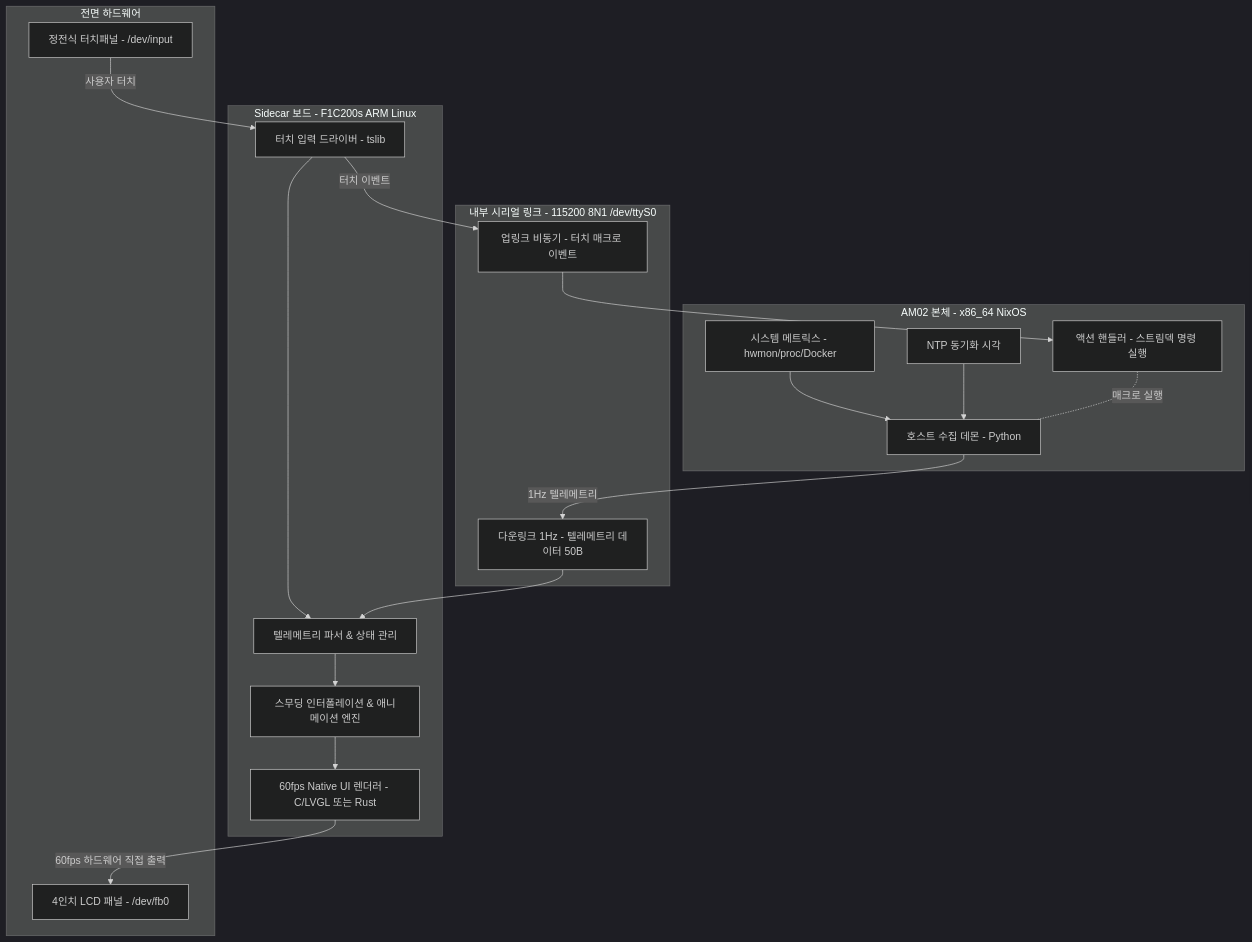
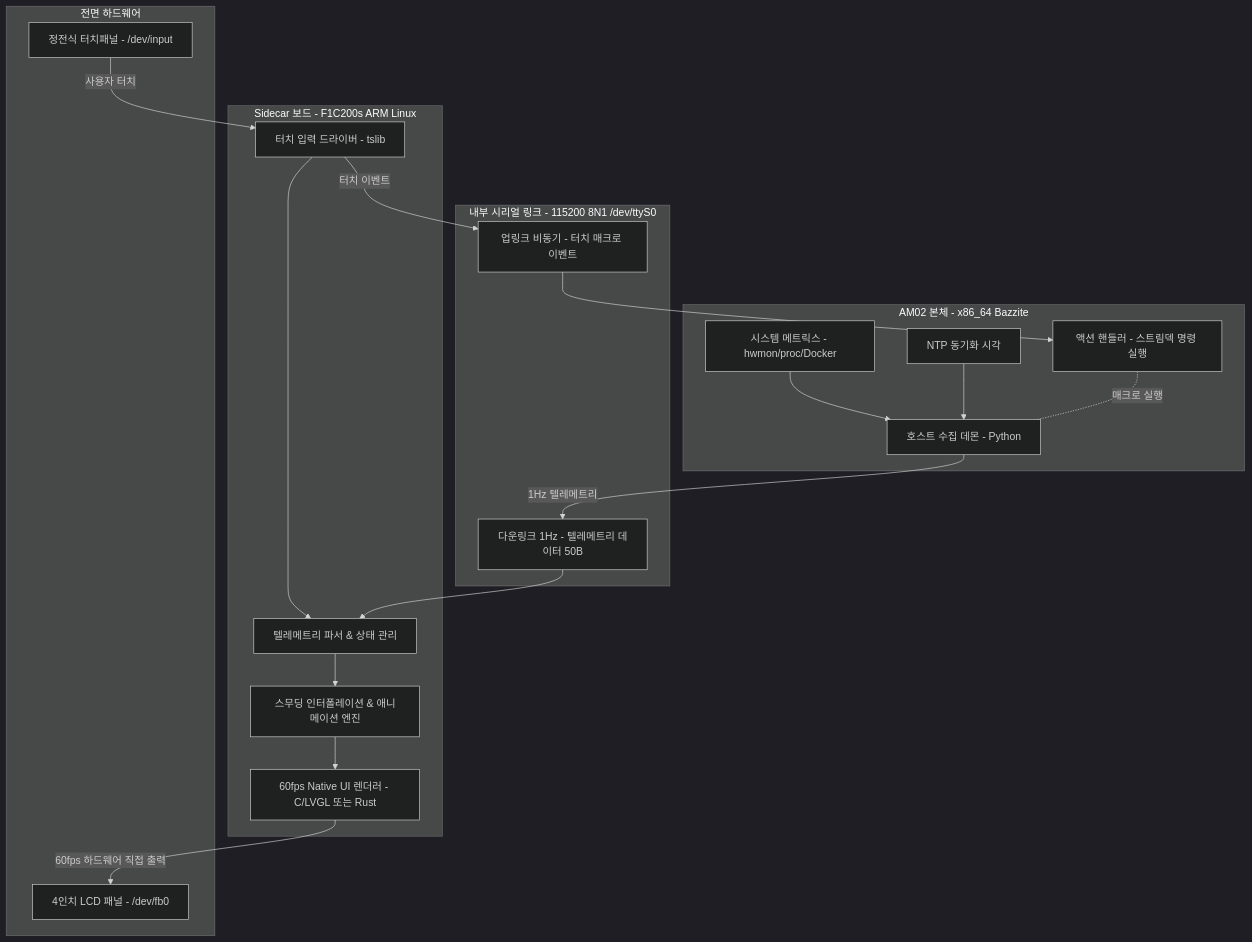
Before and after one commit to deuxksy/sidecar: the diagram in ROADMAP.md, drawn with Mermaid (dark theme). The commit also changed other lines of this file and 4 other files, not shown here.

````diff
--- a/ROADMAP.md
+++ b/ROADMAP.md
@@ -24,37 +24,37 @@
 ```mermaid
 graph TD
-    subgraph Host[AM02 본체 - x86_64 NixOS]
+    subgraph Host[AM02 본체 - x86_64 Bazzite]
         H1[호스트 수집 데몬 - Python]
         H2[시스템 메트릭스 - hwmon/proc/Docker]
         H3[NTP 동기화 시각]
         H4[액션 핸들러 - 스트림덱 명령 실행]
         H2 --> H1
         H3 --> H1
         H4 -. 매크로 실행 .- H1
     end
 
     subgraph Link[내부 시리얼 링크 - 115200 8N1 /dev/ttyS0]
         D_DOWN[다운링크 1Hz - 텔레메트리 데이터 50B]
         D_UP[업링크 비동기 - 터치 매크로 이벤트]
     end
 
     subgraph Sidecar[Sidecar 보드 - F1C200s ARM Linux]
         S1[텔레메트리 파서 & 상태 관리]
         S2[60fps Native UI 렌더러 - C/LVGL 또는 Rust]
         S3[스무딩 인터폴레이션 & 애니메이션 엔진]
         S4[터치 입력 드라이버 - tslib]
         S1 --> S3
         S3 --> S2
         S4 --> S1
     end
 
     subgraph Display[전면 하드웨어]
         LCD[4인치 LCD 패널 - /dev/fb0]
         TOUCH[정전식 터치패널 - /dev/input]
     end
 
     H1 -- 1Hz 텔레메트리 --> D_DOWN --> S1
     S4 -- 터치 이벤트 --> D_UP --> H4
     S2 -- 60fps 하드웨어 직접 출력 --> LCD
     TOUCH -- 사용자 터치 --> S4
 ```
````
